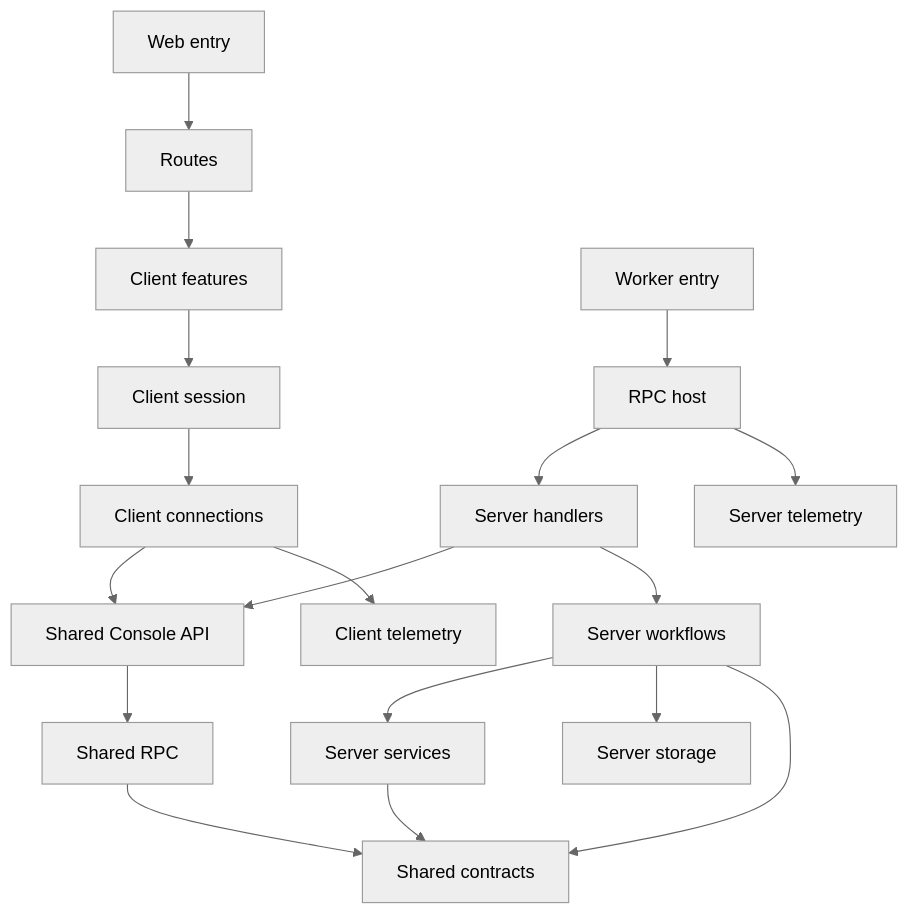
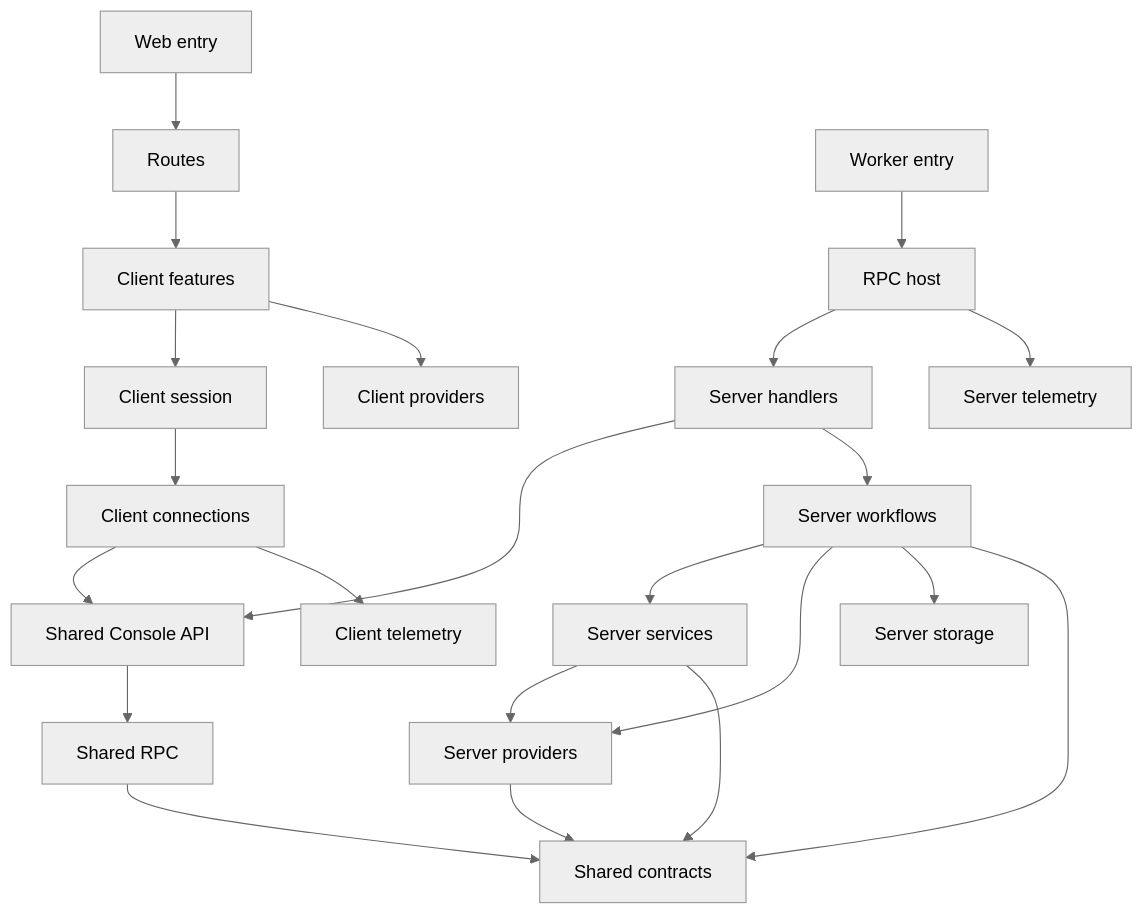
One commit to pkishorez/monorepo changed the diagram in apps/alchemy-console/ARCHITECTURE.md. Above: the diagram before and after it, drawn with Mermaid (neutral theme). The commit also changed other lines of this file and 208 other files, not shown here.

````diff
--- a/apps/alchemy-console/ARCHITECTURE.md
+++ b/apps/alchemy-console/ARCHITECTURE.md
@@ -242,21 +268,25 @@
 ```mermaid
 flowchart TD
   web[Web entry] --> routes[Routes]
   routes --> features[Client features]
   features --> session[Client session]
   session --> connections[Client connections]
   connections --> api[Shared Console API]
   connections --> ct[Client telemetry]
 
   worker[Worker entry] --> host[RPC host]
   host --> handlers[Server handlers]
   host --> st[Server telemetry]
   handlers --> api
   handlers --> workflows[Server workflows]
   workflows --> services[Server services]
+  workflows --> providers[Server providers]
   workflows --> storage[Server storage]
   workflows --> contracts[Shared contracts]
+  services --> providers
   services --> contracts
+  providers --> contracts
+  features --> forms[Client providers]
   api --> protocol[Shared RPC]
   protocol --> contracts
 ```
````
